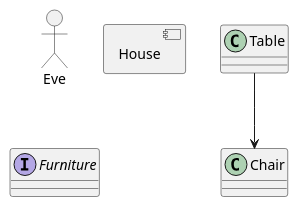
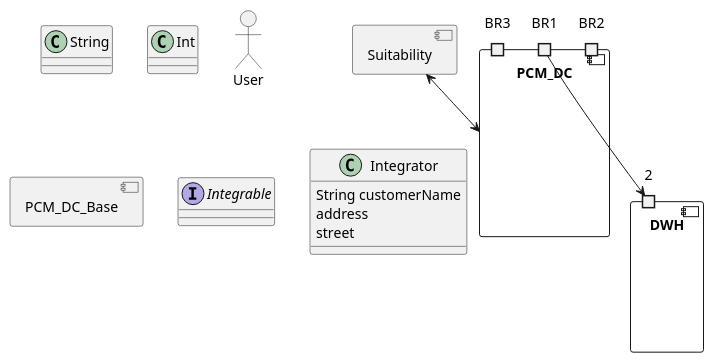
The diagram in out.puml (ivellapillil/sofaman), drawn with PlantUML before and after one commit. The commit also changed 2 other files, not shown here.

```diff
--- a/out.puml
+++ b/out.puml
@@ -1,13 +1,34 @@
 @startuml out
 allowmixing
 
-actor Eve
+class String
 
-component House
-Table --> Chair
+class  Int
 
-interface Furniture
+actor User
 
-class Chair
+component PCM_DC{
+    port BR1
+    port  BR2
+    port  BR3
+}
+
+component PCM_DC_Base
+component Suitability
+component DWH{
+    port 2
+}
+
+Suitability <--> PCM_DC
+
+BR1 --> 2
+
+interface Integrable
+
+class Integrator{
+    String customerName
+    address
+    street
+}
 
 @enduml
```
